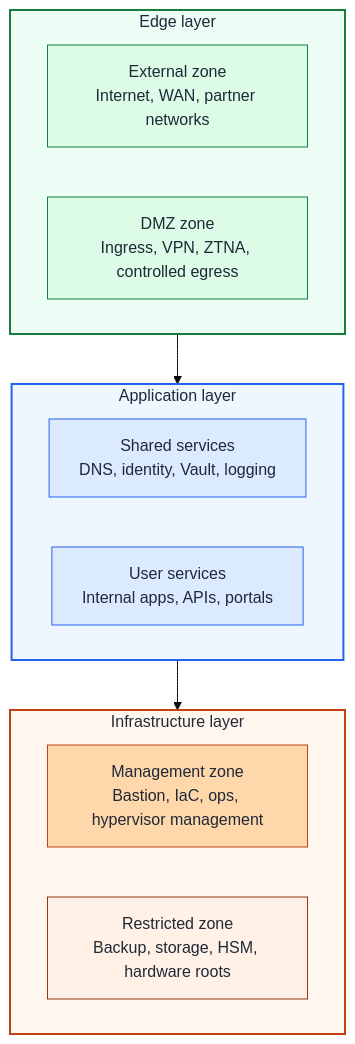
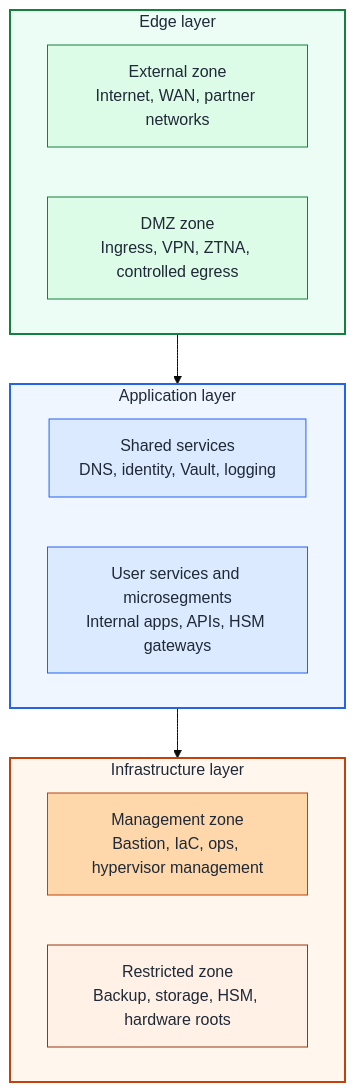
The first of 2 diagrams in docs/architecture/overview.md (Rexus/homelab), drawn with Mermaid (base theme) before and after one commit. The commit also changed other lines of this file and 22 other files, not shown here.

````diff
--- a/docs/architecture/overview.md
+++ b/docs/architecture/overview.md
@@ -31,33 +31,33 @@
 ```mermaid
 flowchart TB
   subgraph Edge["Edge layer"]
     E1["External zone<br/>Internet, WAN, partner networks"]
     E2["DMZ zone<br/>Ingress, VPN, ZTNA, controlled egress"]
   end
 
   subgraph App["Application layer"]
     A1["Shared services<br/>DNS, identity, Vault, logging"]
-    A2["User services<br/>Internal apps, APIs, portals"]
+    A2["User services and microsegments<br/>Internal apps, APIs, HSM gateways"]
   end
 
   subgraph Infra["Infrastructure layer"]
     I1["Management zone<br/>Bastion, IaC, ops, hypervisor management"]
     I2["Restricted zone<br/>Backup, storage, HSM, hardware roots"]
   end
 
   Edge --> App --> Infra
 
   style Edge fill:#ecfdf5,stroke:#15803d,stroke-width:2px,color:#1f2937
   style App fill:#eff6ff,stroke:#2563eb,stroke-width:2px,color:#1f2937
   style Infra fill:#fff7ed,stroke:#c2410c,stroke-width:2px,color:#1f2937
 
   classDef edgeNode fill:#dcfce7,stroke:#15803d,color:#1f2937
   classDef appNode fill:#dbeafe,stroke:#2563eb,color:#1f2937
   classDef mgmtNode fill:#fed7aa,stroke:#c2410c,color:#1f2937
   classDef restrictedNode fill:#fff1e6,stroke:#9a3412,color:#1f2937
 
   class E1,E2 edgeNode
   class A1,A2 appNode
   class I1 mgmtNode
   class I2 restrictedNode
 ```
````
